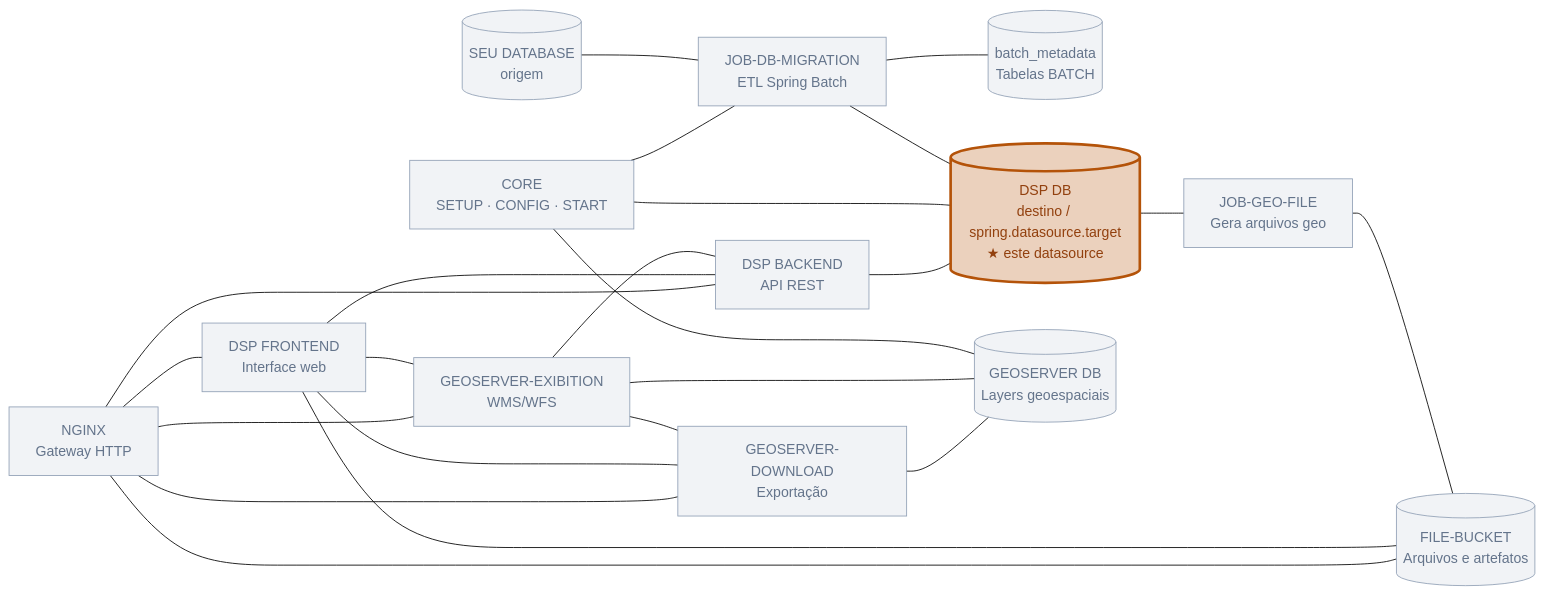
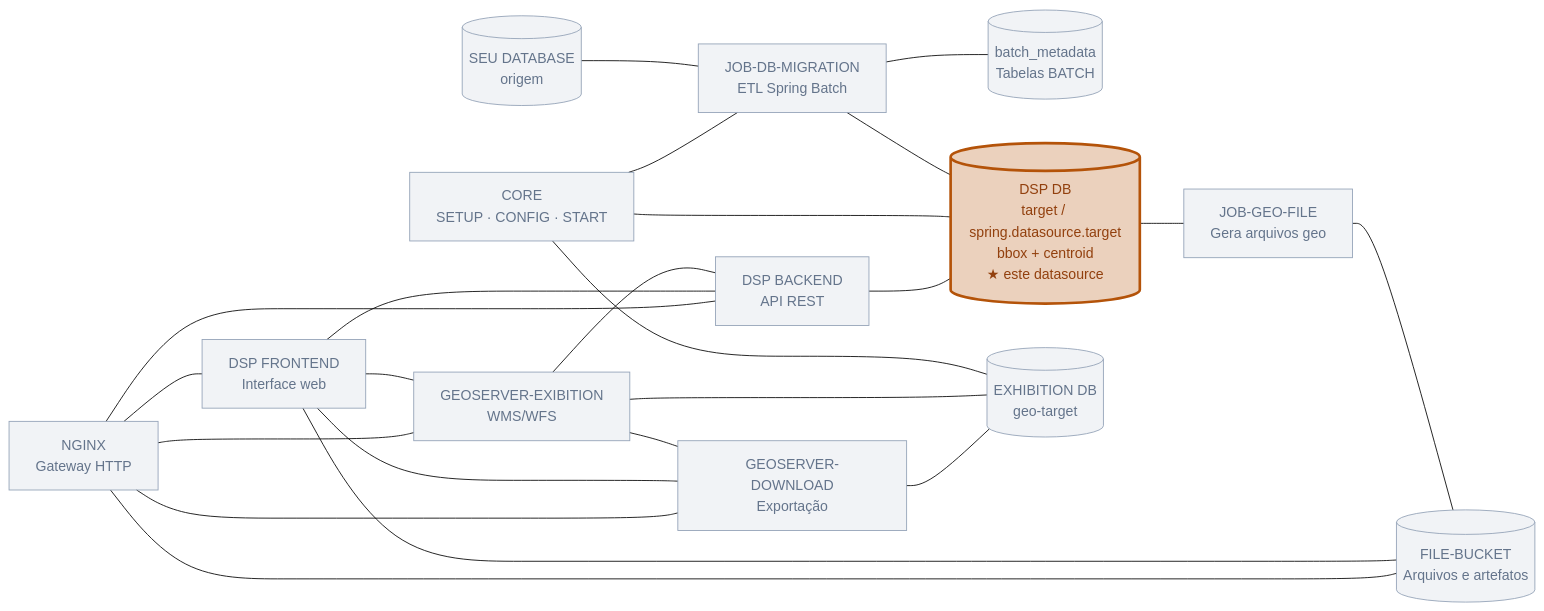
Before and after one commit to kleber-albino/rer-dsp-docs: the third of 7 diagrams in docs/migration/rer-dsp-job-data-migration.md, drawn with Mermaid (base theme). The commit also changed other lines of this file and 11 other files, not shown here.

First line of the commit message:
docs: remove outdated diagram options and update migration/architecture docs for dual-db setup

````diff
--- a/docs/migration/rer-dsp-job-data-migration.md
+++ b/docs/migration/rer-dsp-job-data-migration.md
@@ -202,52 +207,52 @@
 ```mermaid
 flowchart LR
   srcDb[("SEU DATABASE<br/>origem")]
   jobMig["JOB-DB-MIGRATION<br/>ETL Spring Batch"]
   core["CORE<br/>SETUP · CONFIG · START"]
   jobGeo["JOB-GEO-FILE<br/>Gera arquivos geo"]
   batchMeta[("batch_metadata<br/>Tabelas BATCH")]
 
-  dspDb[("DSP DB<br/>destino / spring.datasource.target<br/>★ este datasource")]
-  gsDb[("GEOSERVER DB<br/>Layers geoespaciais")]
+  dspDb[("DSP DB<br/>target / spring.datasource.target<br/>bbox + centroid<br/>★ este datasource")]
+  gsDb[("EXHIBITION DB<br/>geo-target")]
   bucket[("FILE-BUCKET<br/>Arquivos e artefatos")]
 
   be["DSP BACKEND<br/>API REST"]
   fe["DSP FRONTEND<br/>Interface web"]
 
   gsEx["GEOSERVER-EXIBITION<br/>WMS/WFS"]
   gsDl["GEOSERVER-DOWNLOAD<br/>Exportação"]
 
   nginx["NGINX<br/>Gateway HTTP"]
 
   srcDb --- jobMig
   jobMig --- dspDb
   jobMig --- batchMeta
   core --- jobMig
   core --- dspDb
   core --- gsDb
   dspDb --- jobGeo
   jobGeo --- bucket
 
   be --- dspDb
   gsEx --- gsDb
   gsDl --- gsDb
   gsEx --- be
   gsEx --- gsDl
 
   fe --- be
   fe --- bucket
   fe --- gsEx
   fe --- gsDl
 
   nginx --- fe
   nginx --- be
   nginx --- gsEx
   nginx --- gsDl
   nginx --- bucket
 
   classDef muted fill:#94a3b822,color:#64748b,stroke:#94a3b8,stroke-width:1px
   classDef here fill:#b4530944,color:#92400e,stroke:#b45309,stroke-width:3px
 
   class nginx,fe,be,gsEx,gsDl,srcDb,gsDb,bucket,jobMig,jobGeo,core,batchMeta muted
   class dspDb here
 ```
````
